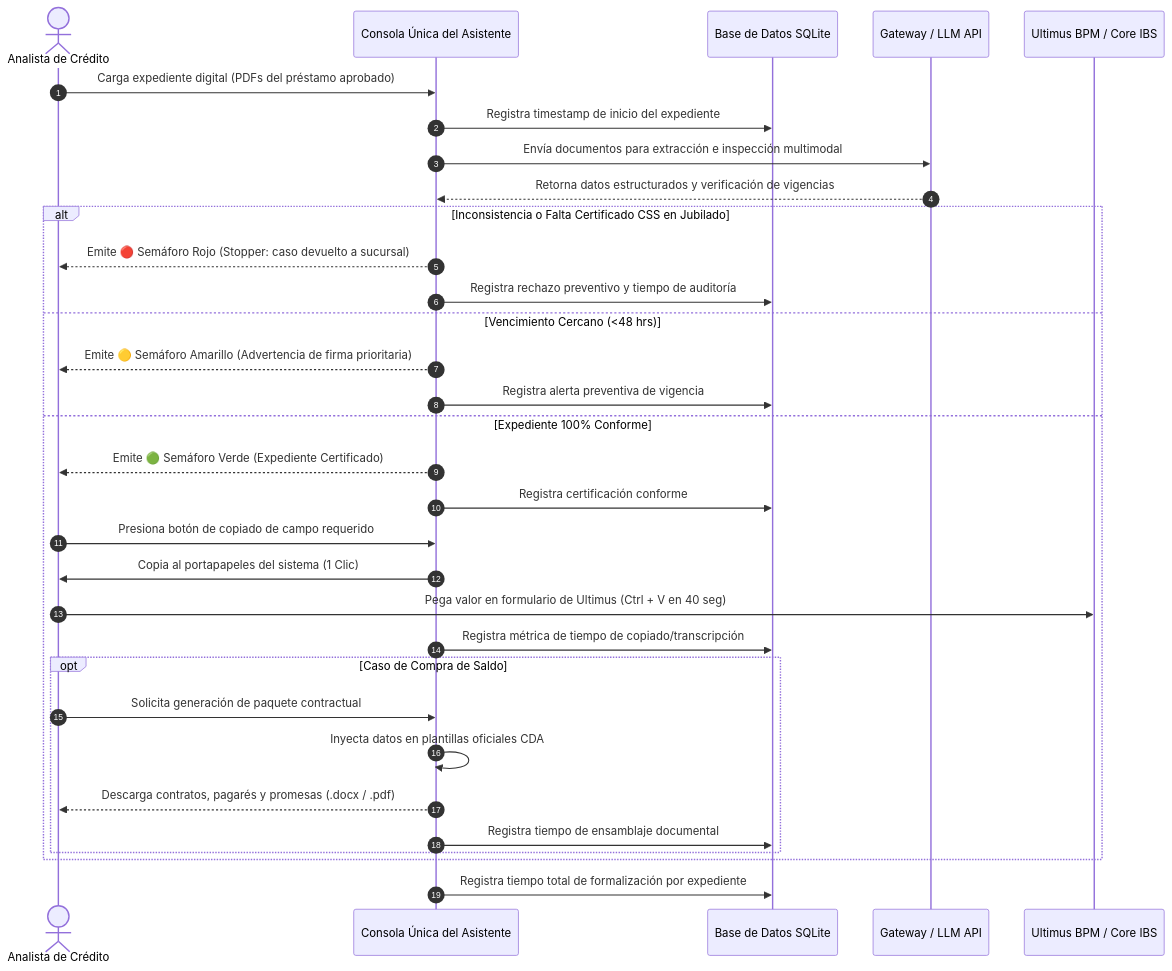
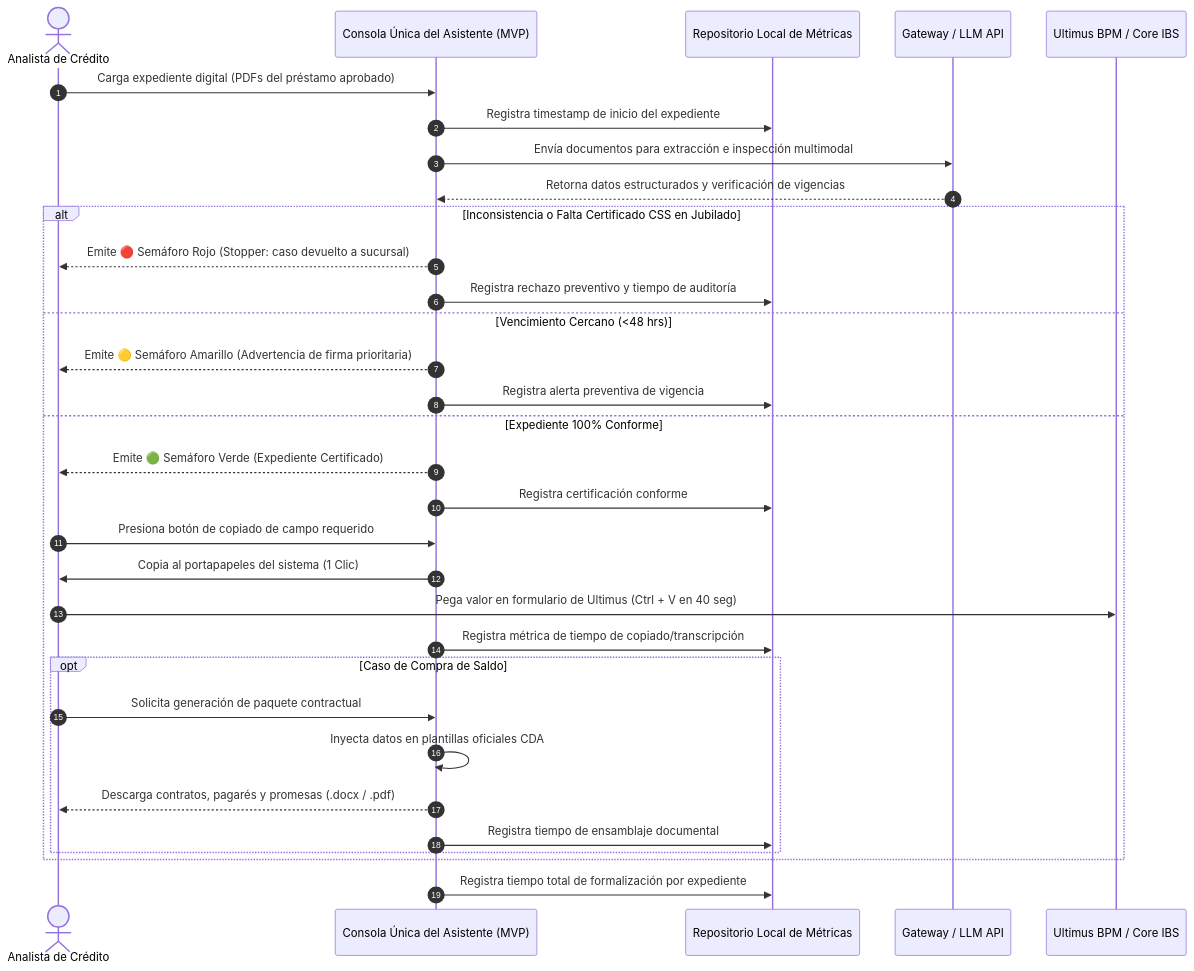
The fourth of 4 diagrams in formalizacion-pp/design/diseno-arquitectura-asistente-formalizacion.md (RBlasser/cda-celulas), drawn with Mermaid before and after one commit. The commit also changed other lines of this file and 1 other file, not shown here.

````diff
--- a/formalizacion-pp/design/diseno-arquitectura-asistente-formalizacion.md
+++ b/formalizacion-pp/design/diseno-arquitectura-asistente-formalizacion.md
@@ -187,38 +187,38 @@
 ```mermaid
 sequenceDiagram
     autonumber
     actor Analista as Analista de Crédito
-    participant Copiloto as Consola Única del Asistente
-    participant SQLite as Base de Datos SQLite
+    participant Copiloto as Consola Única del Asistente (MVP)
+    participant Metricas as Repositorio Local de Métricas
     participant Gateway as Gateway / LLM API
     participant BPM as Ultimus BPM / Core IBS
 
     Analista->>Copiloto: Carga expediente digital (PDFs del préstamo aprobado)
-    Copiloto->>SQLite: Registra timestamp de inicio del expediente
+    Copiloto->>Metricas: Registra timestamp de inicio del expediente
     Copiloto->>Gateway: Envía documentos para extracción e inspección multimodal
     Gateway-->>Copiloto: Retorna datos estructurados y verificación de vigencias
     
     alt Inconsistencia o Falta Certificado CSS en Jubilado
         Copiloto-->>Analista: Emite 🔴 Semáforo Rojo (Stopper: caso devuelto a sucursal)
-        Copiloto->>SQLite: Registra rechazo preventivo y tiempo de auditoría
+        Copiloto->>Metricas: Registra rechazo preventivo y tiempo de auditoría
     else Vencimiento Cercano (<48 hrs)
         Copiloto-->>Analista: Emite 🟡 Semáforo Amarillo (Advertencia de firma prioritaria)
-        Copiloto->>SQLite: Registra alerta preventiva de vigencia
+        Copiloto->>Metricas: Registra alerta preventiva de vigencia
     else Expediente 100% Conforme
         Copiloto-->>Analista: Emite 🟢 Semáforo Verde (Expediente Certificado)
-        Copiloto->>SQLite: Registra certificación conforme
+        Copiloto->>Metricas: Registra certificación conforme
         
         Analista->>Copiloto: Presiona botón de copiado de campo requerido
         Copiloto->>Analista: Copia al portapapeles del sistema (1 Clic)
         Analista->>BPM: Pega valor en formulario de Ultimus (Ctrl + V en 40 seg)
-        Copiloto->>SQLite: Registra métrica de tiempo de copiado/transcripción
+        Copiloto->>Metricas: Registra métrica de tiempo de copiado/transcripción
         
         opt Caso de Compra de Saldo
             Analista->>Copiloto: Solicita generación de paquete contractual
             Copiloto->>Copiloto: Inyecta datos en plantillas oficiales CDA
             Copiloto-->>Analista: Descarga contratos, pagarés y promesas (.docx / .pdf)
-            Copiloto->>SQLite: Registra tiempo de ensamblaje documental
+            Copiloto->>Metricas: Registra tiempo de ensamblaje documental
         end
     end
-    Copiloto->>SQLite: Registra tiempo total de formalización por expediente
+    Copiloto->>Metricas: Registra tiempo total de formalización por expediente
 ```
````
